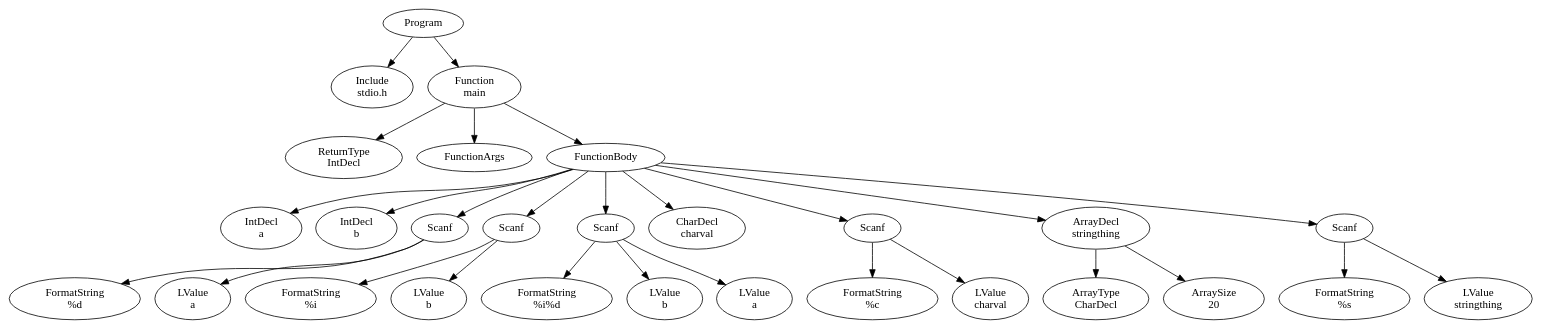
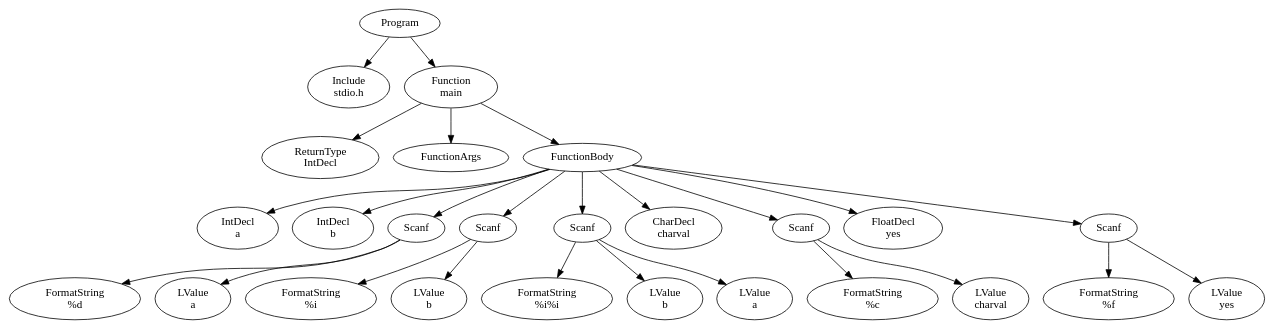
The diagram in official/res/solutions/scanf.dot (FedericoQuin/Compilers), drawn with Graphviz before and after one commit. The commit also changed 6 other files, not shown here.

```diff
--- a/official/res/solutions/scanf.dot
+++ b/official/res/solutions/scanf.dot
@@ -1,57 +1,53 @@
 digraph AST {
 2 [label="Program"];
 3 [label="Include \nstdio.h"];
 4 [label="Function \nmain"];
 5 [label="ReturnType \nIntDecl"];
 6 [label="FunctionArgs"];
 7 [label="FunctionBody"];
 8 [label="IntDecl \na"];
 9 [label="IntDecl \nb"];
 10 [label="Scanf"];
 11 [label="FormatString \n%d"];
 12 [label="LValue \na"];
 10 -> 11;
 10 -> 12;
 13 [label="Scanf"];
 14 [label="FormatString \n%i"];
 15 [label="LValue \nb"];
 13 -> 14;
 13 -> 15;
 16 [label="Scanf"];
-17 [label="FormatString \n%i%d"];
+17 [label="FormatString \n%i%i"];
 18 [label="LValue \nb"];
 19 [label="LValue \na"];
 16 -> 17;
 16 -> 18;
 16 -> 19;
 20 [label="CharDecl \ncharval"];
 21 [label="Scanf"];
 22 [label="FormatString \n%c"];
 23 [label="LValue \ncharval"];
 21 -> 22;
 21 -> 23;
-24 [label="ArrayDecl \nstringthing"];
-25 [label="ArrayType \nCharDecl"];
-26 [label="ArraySize \n20"];
-24 -> 25;
-24 -> 26;
-27 [label="Scanf"];
-28 [label="FormatString \n%s"];
-29 [label="LValue \nstringthing"];
-27 -> 28;
-27 -> 29;
+24 [label="FloatDecl \nyes"];
+25 [label="Scanf"];
+26 [label="FormatString \n%f"];
+27 [label="LValue \nyes"];
+25 -> 26;
+25 -> 27;
 7 -> 8;
 7 -> 9;
 7 -> 10;
 7 -> 13;
 7 -> 16;
 7 -> 20;
 7 -> 21;
 7 -> 24;
-7 -> 27;
+7 -> 25;
 4 -> 5;
 4 -> 6;
 4 -> 7;
 2 -> 3;
 2 -> 4;
 }
```
